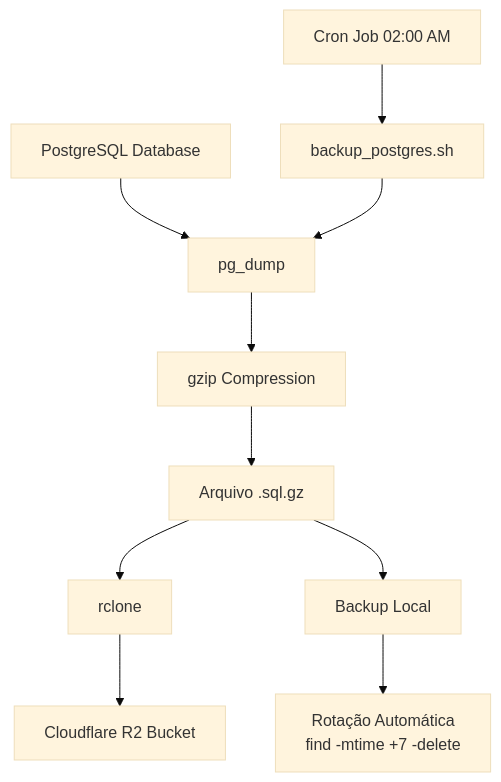
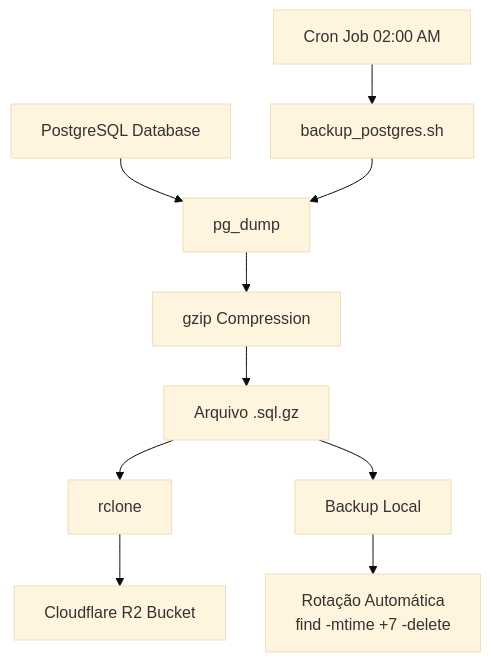
One commit to Thaysmh/postgresql-cloudflare-r2-backup changed the diagram in README.md. Above: the diagram before and after it, drawn with Mermaid (base theme).

Commit message:
Configurando tamanho de fluxograma.

````diff
--- a/README.md
+++ b/README.md
@@ -34,17 +34,17 @@
 ```mermaid
-%%{init: {'flowchart': {'nodeSpacing': 50, 'rankSpacing': 60}} }%%
+%%{init: {'flowchart': {'nodeSpacing': 40, 'rankSpacing': 40}} }%%
 
 flowchart TD
 
     A[PostgreSQL Database] --> B[pg_dump]
     B --> C[gzip Compression]
     C --> D[Arquivo .sql.gz]
     D --> E[rclone]
     E --> F[Cloudflare R2 Bucket]
 
     D --> G[Backup Local]
     G --> H[Rotação Automática<br/>find -mtime +7 -delete]
 
     I[Cron Job 02:00 AM] --> J[backup_postgres.sh]
     J --> B
 ```
````
